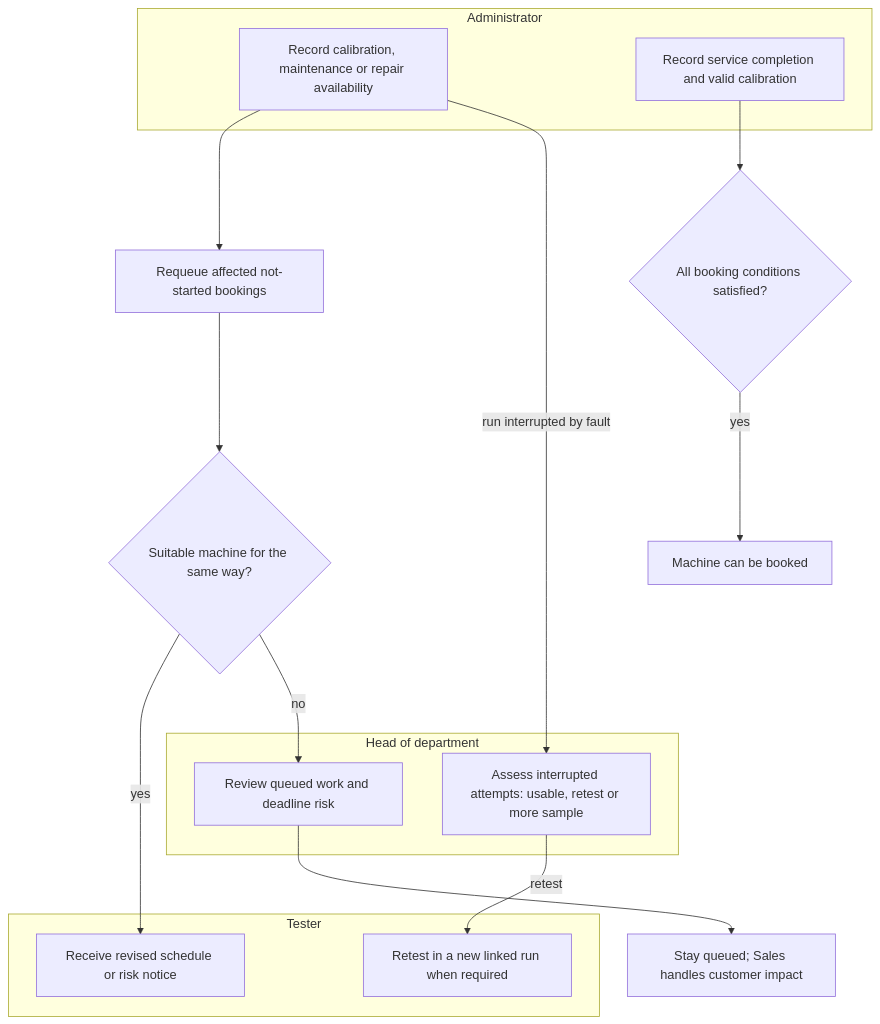
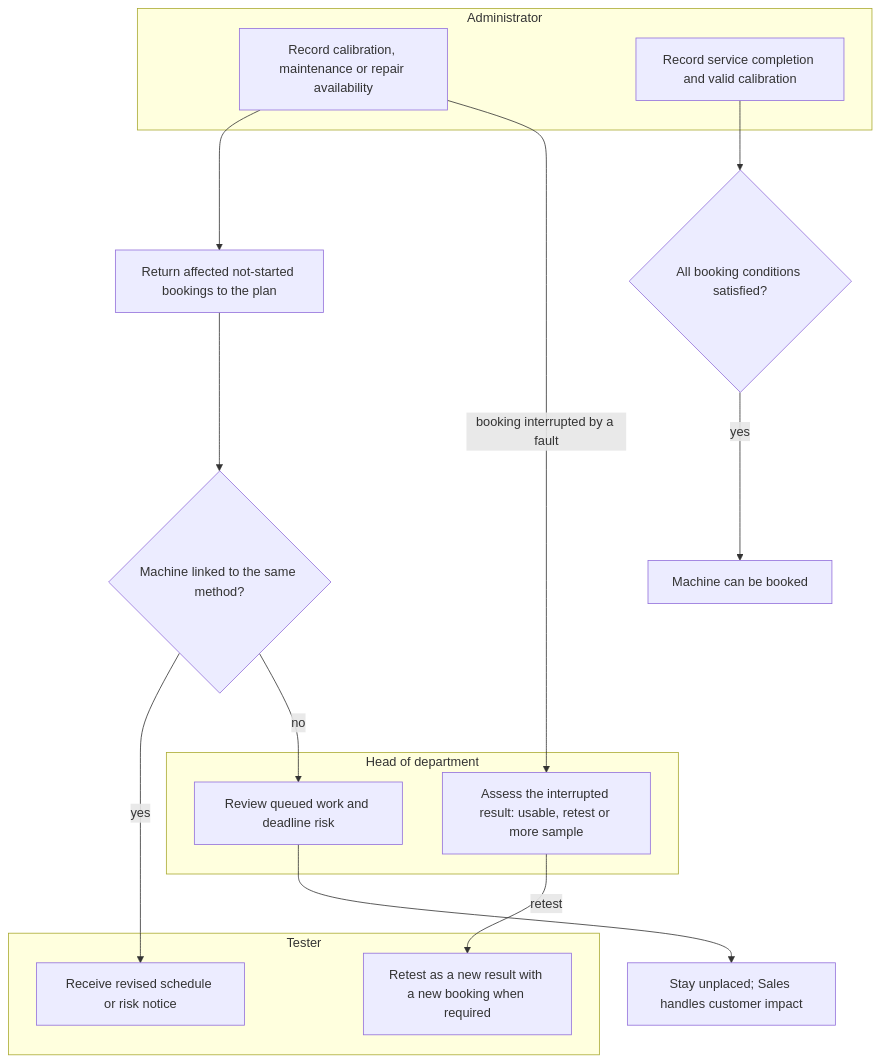
One commit to SoltuneMontepre/medilab changed diagram 11 of 17 in docs/functional/business-flows.md. Above: the diagram before and after it, drawn with Mermaid. The commit also changed other lines of this file and 27 other files, not shown here.

````diff
--- a/docs/functional/business-flows.md
+++ b/docs/functional/business-flows.md
@@ -498,22 +497,22 @@
 ```mermaid
 flowchart TD
     subgraph lane29 ["Administrator"]
         a1[Record calibration, maintenance or repair availability]
         a2[Record service completion and valid calibration]
     end
     subgraph lane28 ["Head of department"]
-        h1[Assess interrupted attempts: usable, retest or more sample]
+        h1[Assess the interrupted result: usable, retest or more sample]
         h2[Review queued work and deadline risk]
     end
     subgraph lane27 ["Tester"]
         t1[Receive revised schedule or risk notice]
-        t2[Retest in a new linked run when required]
+        t2[Retest as a new result with a new booking when required]
     end
-    a1 --> q[Requeue affected not-started bookings]
-    a1 -->|run interrupted by fault| h1 -->|retest| t2
-    q --> other{Suitable machine for the same way?}
+    a1 --> q[Return affected not-started bookings to the plan]
+    a1 -->|booking interrupted by a fault| h1 -->|retest| t2
+    q --> other{Machine linked to the same method?}
     other -->|yes| t1
-    other -->|no| h2 --> wait[Stay queued; Sales handles customer impact]
+    other -->|no| h2 --> wait[Stay unplaced; Sales handles customer impact]
     a2 --> fit{All booking conditions satisfied?}
     fit -->|yes| available[Machine can be booked]
 ```
````
